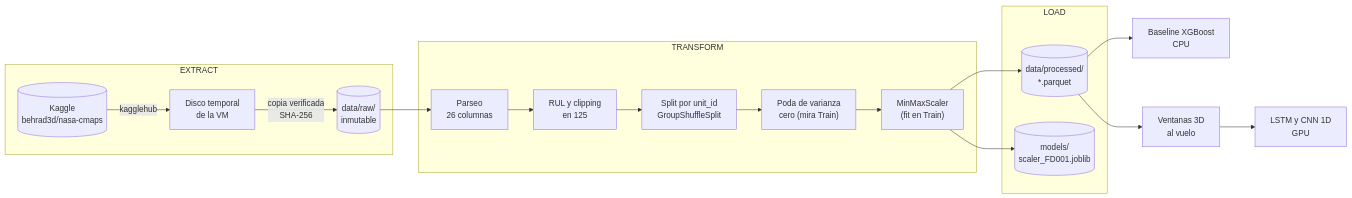
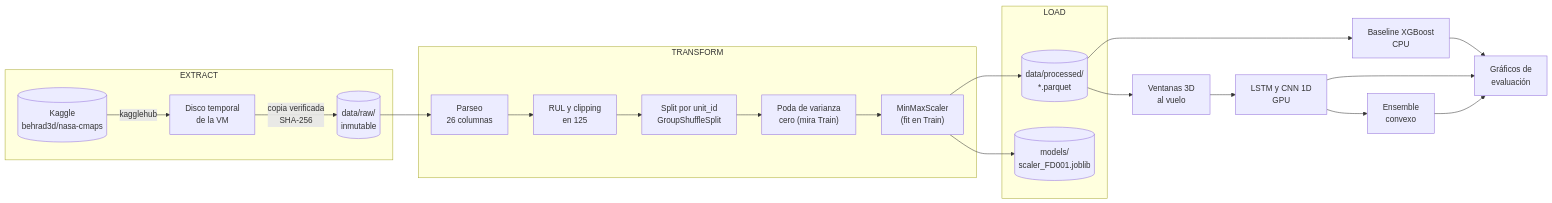
The first of 3 diagrams in docs/02_process_architecture.md (facupeletay/nasa-turbofan-rul), drawn with Mermaid before and after one commit. The commit also changed other lines of this file and 6 other files, not shown here.

````diff
--- a/docs/02_process_architecture.md
+++ b/docs/02_process_architecture.md
@@ -11,21 +11,25 @@
 ```mermaid
 flowchart LR
     subgraph E["EXTRACT"]
         K[("Kaggle<br/>behrad3d/nasa-cmaps")] -->|kagglehub| TMP["Disco temporal<br/>de la VM"]
         TMP -->|"copia verificada<br/>SHA-256"| RAW[("data/raw/<br/>inmutable")]
     end
     subgraph T["TRANSFORM"]
         RAW --> P["Parseo<br/>26 columnas"]
         P --> R["RUL y clipping<br/>en 125"]
         R --> S["Split por unit_id<br/>GroupShuffleSplit"]
         S --> V["Poda de varianza<br/>cero (mira Train)"]
         V --> M["MinMaxScaler<br/>(fit en Train)"]
     end
     subgraph L["LOAD"]
         M --> PQ[("data/processed/<br/>*.parquet")]
         M --> SC[("models/<br/>scaler_FD001.joblib")]
     end
     PQ --> X["Baseline XGBoost<br/>CPU"]
     PQ --> W["Ventanas 3D<br/>al vuelo"]
     W --> D["LSTM y CNN 1D<br/>GPU"]
+    D --> EN["Ensemble<br/>convexo"]
+    X --> VI["Gráficos de<br/>evaluación"]
+    D --> VI
+    EN --> VI
 ```
````
